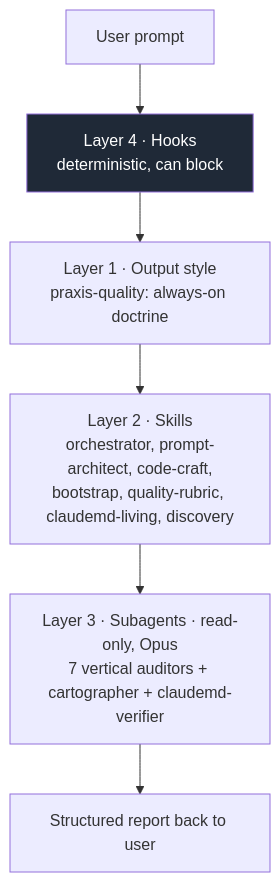
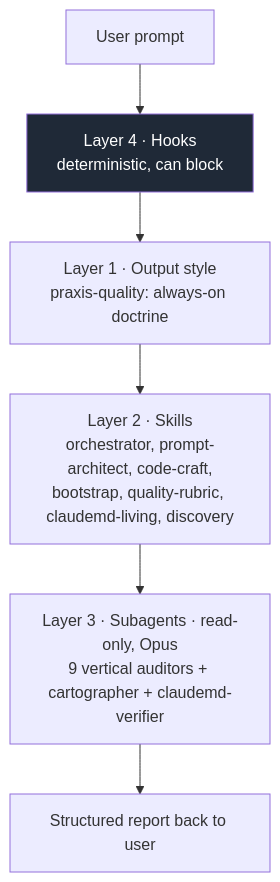
One commit to Ohswedd/praxis changed the first of 5 diagrams in docs/FLOWS.md. Above: the diagram before and after it, drawn with Mermaid. The commit also changed other lines of this file and 24 other files, not shown here.

````diff
--- a/docs/FLOWS.md
+++ b/docs/FLOWS.md
@@ -13,11 +13,11 @@
 ```mermaid
 flowchart TB
     U["User prompt"] --> H1["Layer 4 · Hooks<br/>deterministic, can block"]
     H1 --> OS["Layer 1 · Output style<br/>praxis-quality: always-on doctrine"]
     OS --> SK["Layer 2 · Skills<br/>orchestrator, prompt-architect, code-craft,<br/>bootstrap, quality-rubric, claudemd-living, discovery"]
-    SK --> AG["Layer 3 · Subagents · read-only, Opus<br/>7 vertical auditors + cartographer + claudemd-verifier"]
+    SK --> AG["Layer 3 · Subagents · read-only, Opus<br/>9 vertical auditors + cartographer + claudemd-verifier"]
     AG --> OUT["Structured report back to user"]
 
     classDef det fill:#1f2937,color:#fff;
     class H1 det;
 ```
````
